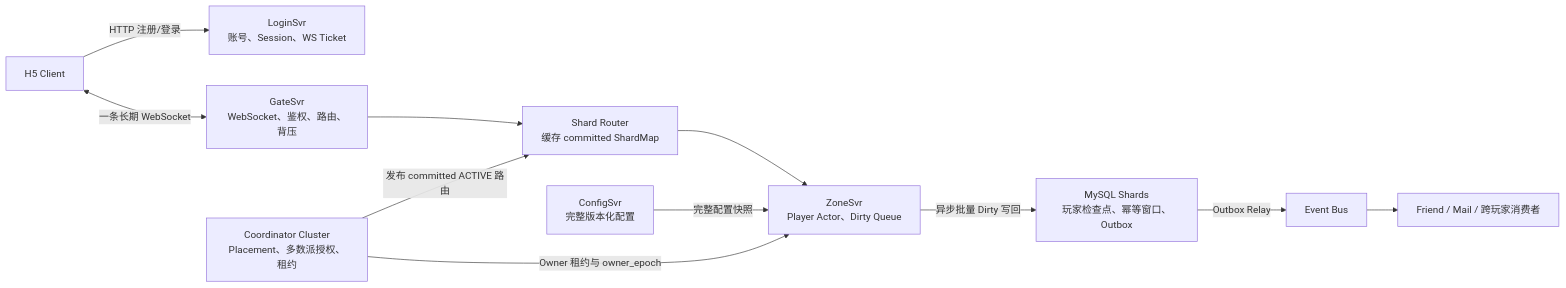
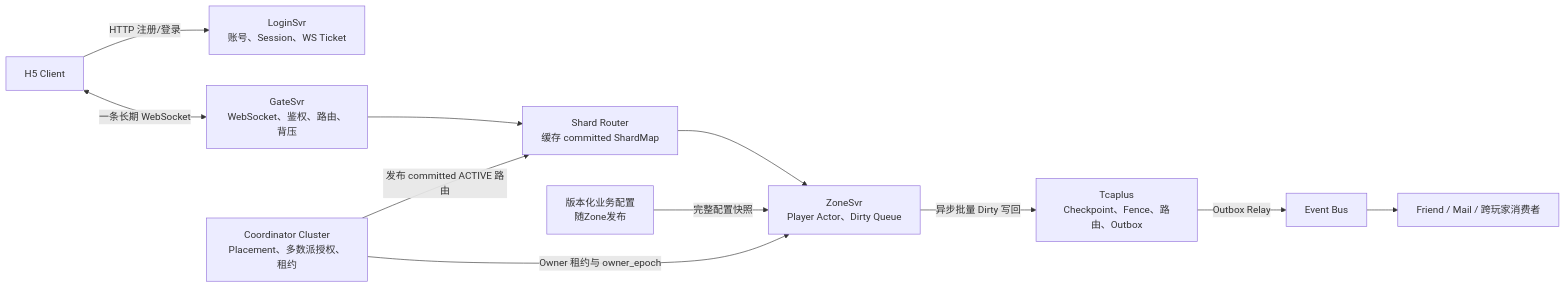
One commit to Wriosley/supernova-classic-farm changed the diagram in docs/architecture/stateful-zone-v3-architecture.md. Above: the diagram before and after it, drawn with Mermaid. The commit also changed other lines of this file and 327 other files, not shown here.

````diff
--- a/docs/architecture/stateful-zone-v3-architecture.md
+++ b/docs/architecture/stateful-zone-v3-architecture.md
@@ -39,24 +39,24 @@
 ```mermaid
 flowchart LR
     C["H5 Client"]
     L["LoginSvr<br/>账号、Session、WS Ticket"]
     G["GateSvr<br/>WebSocket、鉴权、路由、背压"]
     R["Shard Router<br/>缓存 committed ShardMap"]
     CO["Coordinator Cluster<br/>Placement、多数派授权、租约"]
     Z["ZoneSvr<br/>Player Actor、Dirty Queue"]
-    CFG["ConfigSvr<br/>完整版本化配置"]
-    DB["MySQL Shards<br/>玩家检查点、幂等窗口、Outbox"]
+    CFG["版本化业务配置<br/>随Zone发布"]
+    DB["Tcaplus<br/>Checkpoint、Fence、路由、Outbox"]
     E["Event Bus"]
     ASYNC["Friend / Mail / 跨玩家消费者"]
 
     C -->|"HTTP 注册/登录"| L
     C <-->|"一条长期 WebSocket"| G
     G --> R
     CO -->|"发布 committed ACTIVE 路由"| R
     CO -->|"Owner 租约与 owner_epoch"| Z
     R --> Z
     CFG -->|"完整配置快照"| Z
     Z -->|"异步批量 Dirty 写回"| DB
     DB -->|"Outbox Relay"| E
     E --> ASYNC
 ```
````
